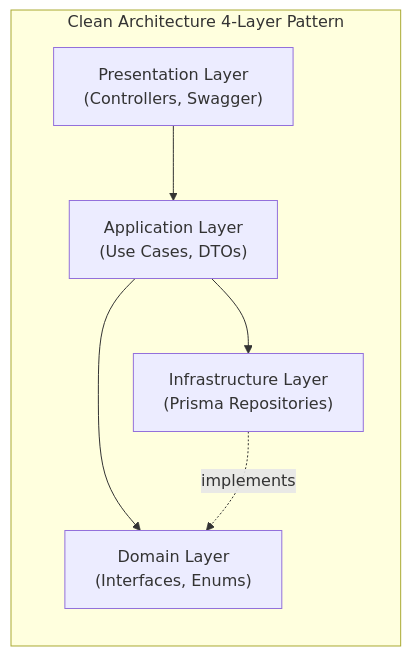
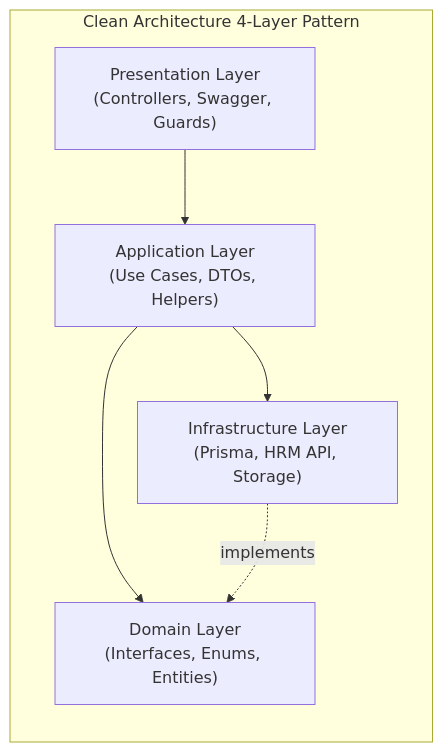
One commit to SamMie341/legal-contract-backend changed the second of 9 diagrams in SYSTEM_FLOW_AND_MODULES.md. Above: the diagram before and after it, drawn with Mermaid. The commit also changed other lines of this file and 100 other files, not shown here.

````diff
--- a/SYSTEM_FLOW_AND_MODULES.md
+++ b/SYSTEM_FLOW_AND_MODULES.md
@@ -74,9 +100,9 @@
 ```mermaid
 flowchart LR
     subgraph Layers["Clean Architecture 4-Layer Pattern"]
-        Pres["Presentation Layer<br/>(Controllers, Swagger)"] --> App["Application Layer<br/>(Use Cases, DTOs)"]
-        App --> Domain["Domain Layer<br/>(Interfaces, Enums)"]
-        App --> Infra["Infrastructure Layer<br/>(Prisma Repositories)"]
+        Pres["Presentation Layer<br/>(Controllers, Swagger, Guards)"] --> App["Application Layer<br/>(Use Cases, DTOs, Helpers)"]
+        App --> Domain["Domain Layer<br/>(Interfaces, Enums, Entities)"]
+        App --> Infra["Infrastructure Layer<br/>(Prisma, HRM API, Storage)"]
         Infra -. implements .-> Domain
     end
 ```
````
